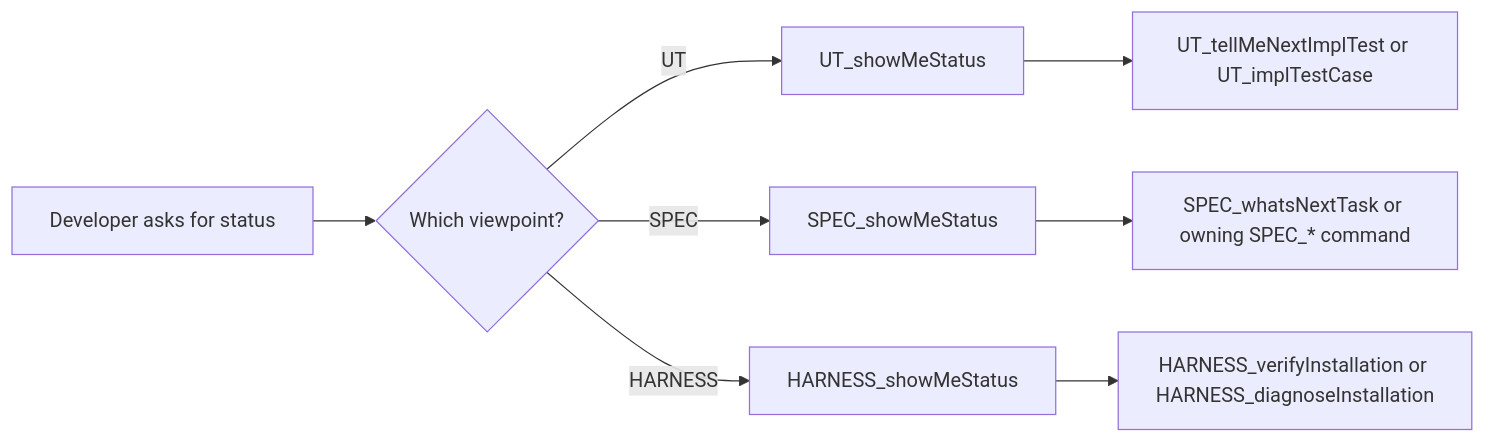
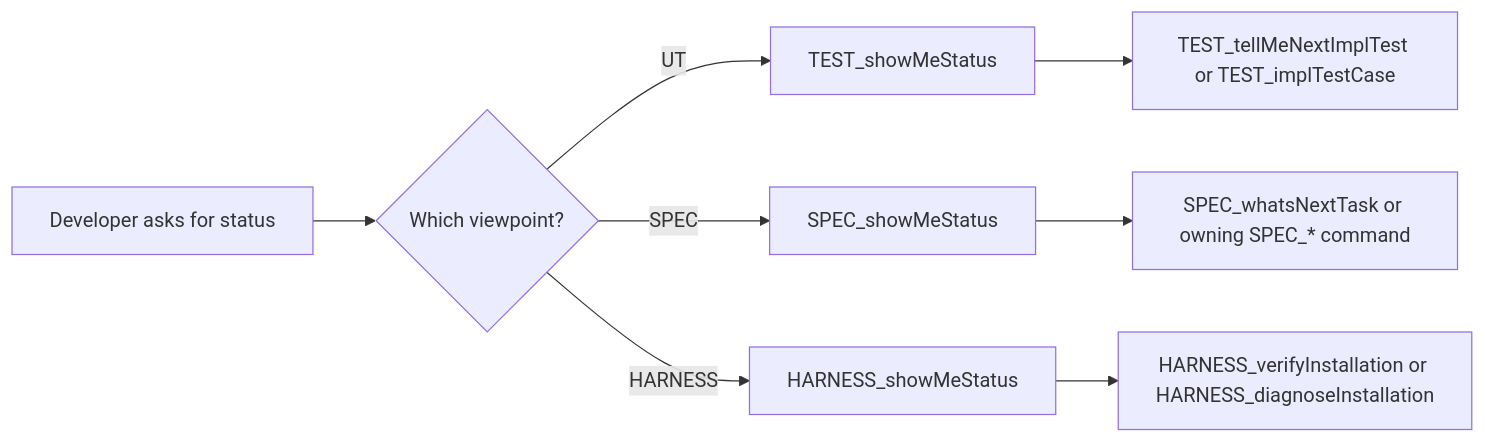
One commit to EnigmaWU/MyCaTDD changed the diagram in slashCommands/kits/Px-StatusKits.md. Above: the diagram before and after it, drawn with Mermaid. The commit also changed other lines of this file and 87 other files, not shown here.

````diff
--- a/slashCommands/kits/Px-StatusKits.md
+++ b/slashCommands/kits/Px-StatusKits.md
@@ -42,10 +42,10 @@
 ```mermaid
 flowchart LR
     Ask["Developer asks for status"] --> Choose{"Which viewpoint?"}
-    Choose -->|UT| UT["UT_showMeStatus"]
+    Choose -->|UT| UT["TEST_showMeStatus"]
     Choose -->|SPEC| SPEC["SPEC_showMeStatus"]
     Choose -->|HARNESS| HARNESS["HARNESS_showMeStatus"]
-    UT --> UTNext["UT_tellMeNextImplTest or UT_implTestCase"]
+    UT --> UTNext["TEST_tellMeNextImplTest or TEST_implTestCase"]
     SPEC --> SPECNext["SPEC_whatsNextTask or owning SPEC_* command"]
     HARNESS --> HarnessNext["HARNESS_verifyInstallation or HARNESS_diagnoseInstallation"]
 ```
````
